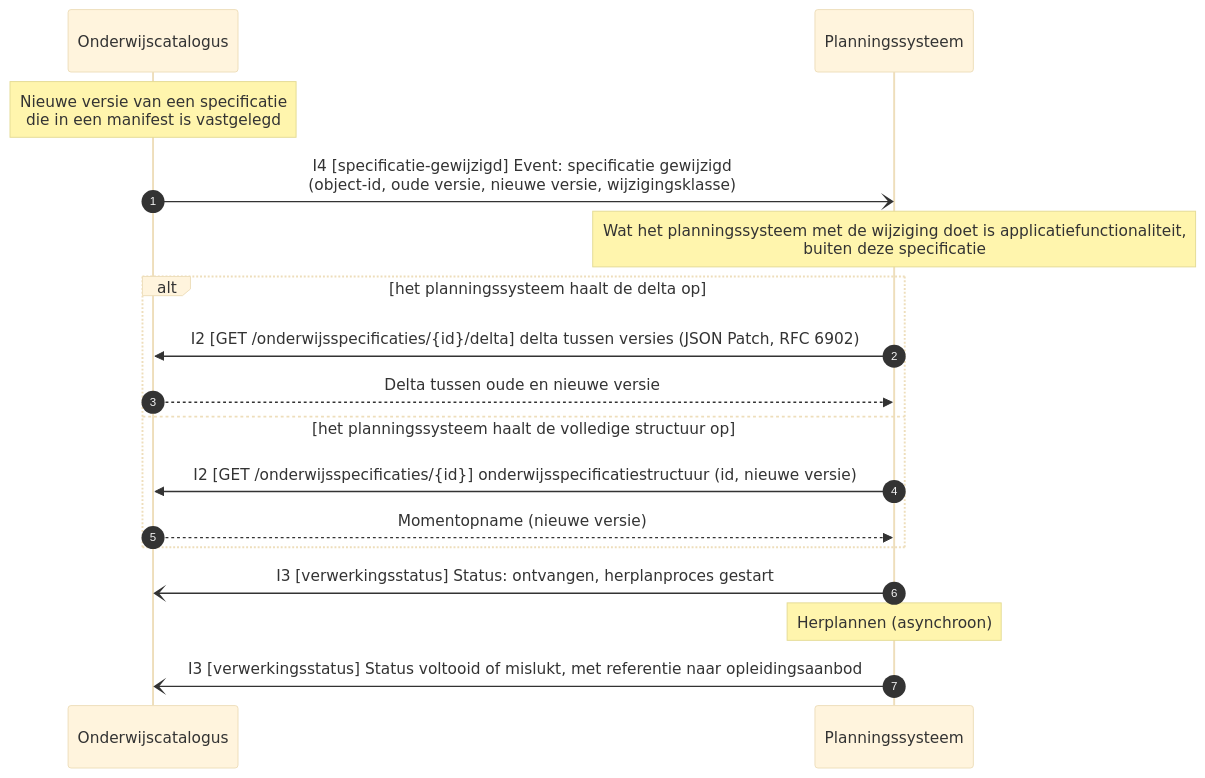
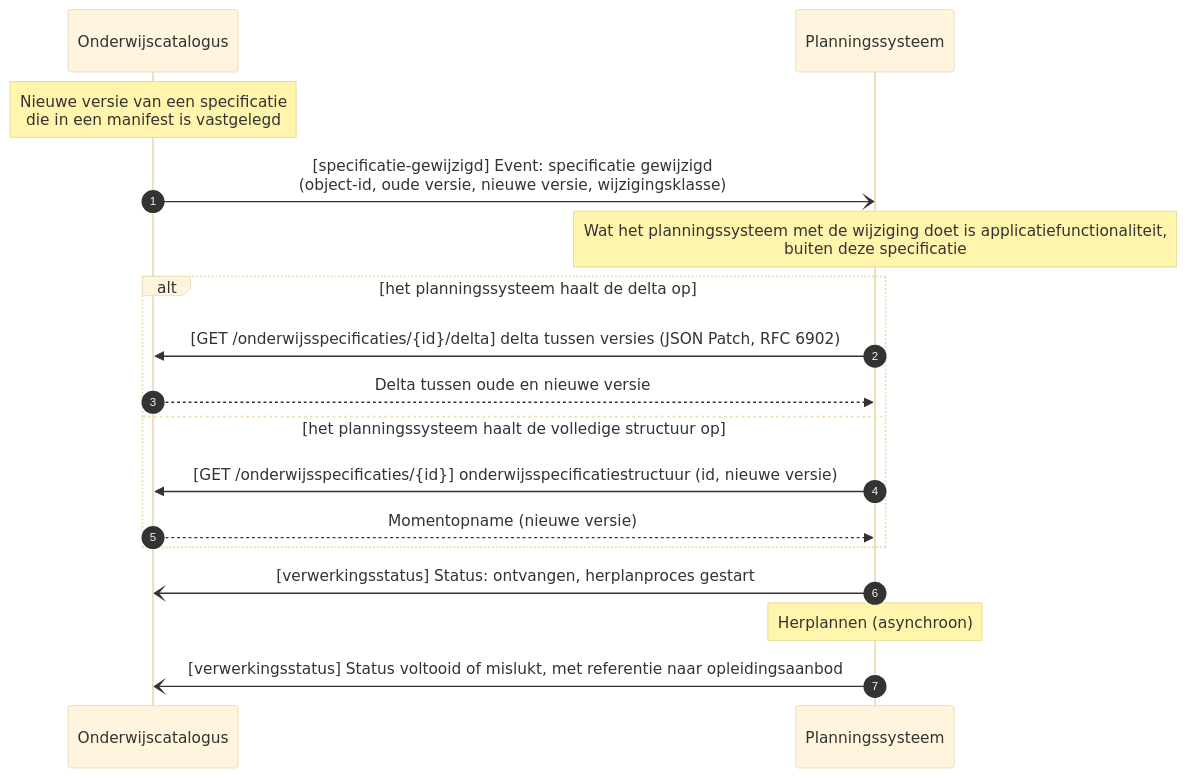
One commit to Npuls-OKx/Public changed the third of 9 diagrams in Koppelvlakspecificaties/Koppelingspecificaties/onderwijscatalogus-planning-en-roostering.md. Above: the diagram before and after it, drawn with Mermaid (base theme). The commit also changed other lines of this file and 5 other files, not shown here.

````diff
--- a/Koppelvlakspecificaties/Koppelingspecificaties/onderwijscatalogus-planning-en-roostering.md
+++ b/Koppelvlakspecificaties/Koppelingspecificaties/onderwijscatalogus-planning-en-roostering.md
@@ -157,20 +121,20 @@
 ```mermaid
 sequenceDiagram
     autonumber
     participant Onderwijscatalogus
     participant Planningssysteem
 
     Note over Onderwijscatalogus: Nieuwe versie van een specificatie<br/>die in een manifest is vastgelegd
-    Onderwijscatalogus-)Planningssysteem: I4 [specificatie-gewijzigd] Event: specificatie gewijzigd<br/>(object-id, oude versie, nieuwe versie, wijzigingsklasse)
+    Onderwijscatalogus-)Planningssysteem: [specificatie-gewijzigd] Event: specificatie gewijzigd<br/>(object-id, oude versie, nieuwe versie, wijzigingsklasse)
     Note over Planningssysteem: Wat het planningssysteem met de wijziging doet is applicatiefunctionaliteit,<br/>buiten deze specificatie
     alt het planningssysteem haalt de delta op
-        Planningssysteem->>Onderwijscatalogus: I2 [GET /onderwijsspecificaties/{id}/delta] delta tussen versies (JSON Patch, RFC 6902)
+        Planningssysteem->>Onderwijscatalogus: [GET /onderwijsspecificaties/{id}/delta] delta tussen versies (JSON Patch, RFC 6902)
         Onderwijscatalogus-->>Planningssysteem: Delta tussen oude en nieuwe versie
     else het planningssysteem haalt de volledige structuur op
-        Planningssysteem->>Onderwijscatalogus: I2 [GET /onderwijsspecificaties/{id}] onderwijsspecificatiestructuur (id, nieuwe versie)
+        Planningssysteem->>Onderwijscatalogus: [GET /onderwijsspecificaties/{id}] onderwijsspecificatiestructuur (id, nieuwe versie)
         Onderwijscatalogus-->>Planningssysteem: Momentopname (nieuwe versie)
     end
-    Planningssysteem-)Onderwijscatalogus: I3 [verwerkingsstatus] Status: ontvangen, herplanproces gestart
+    Planningssysteem-)Onderwijscatalogus: [verwerkingsstatus] Status: ontvangen, herplanproces gestart
     Note over Planningssysteem: Herplannen (asynchroon)
-    Planningssysteem-)Onderwijscatalogus: I3 [verwerkingsstatus] Status voltooid of mislukt, met referentie naar opleidingsaanbod
+    Planningssysteem-)Onderwijscatalogus: [verwerkingsstatus] Status voltooid of mislukt, met referentie naar opleidingsaanbod
 ```
````
